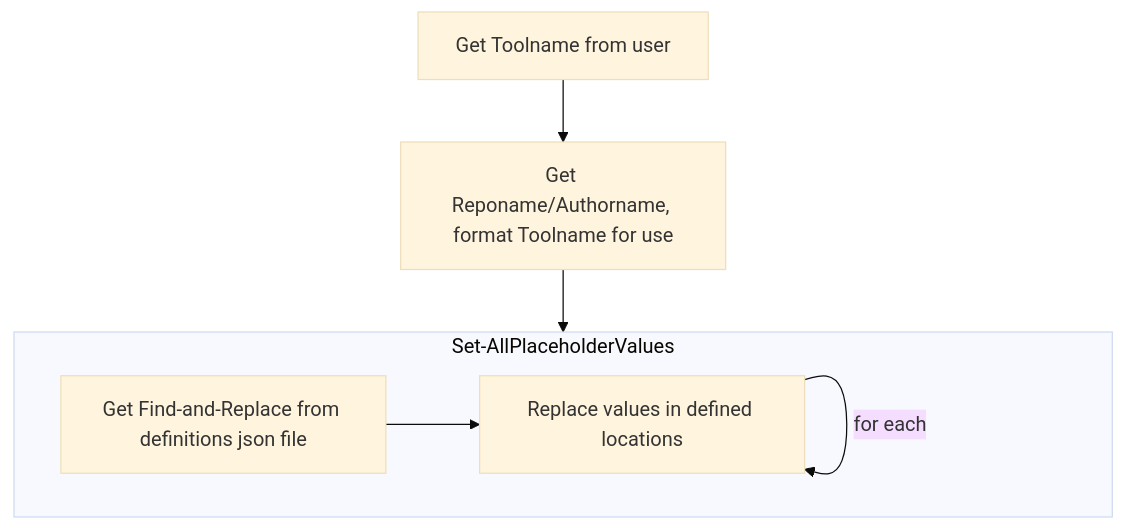
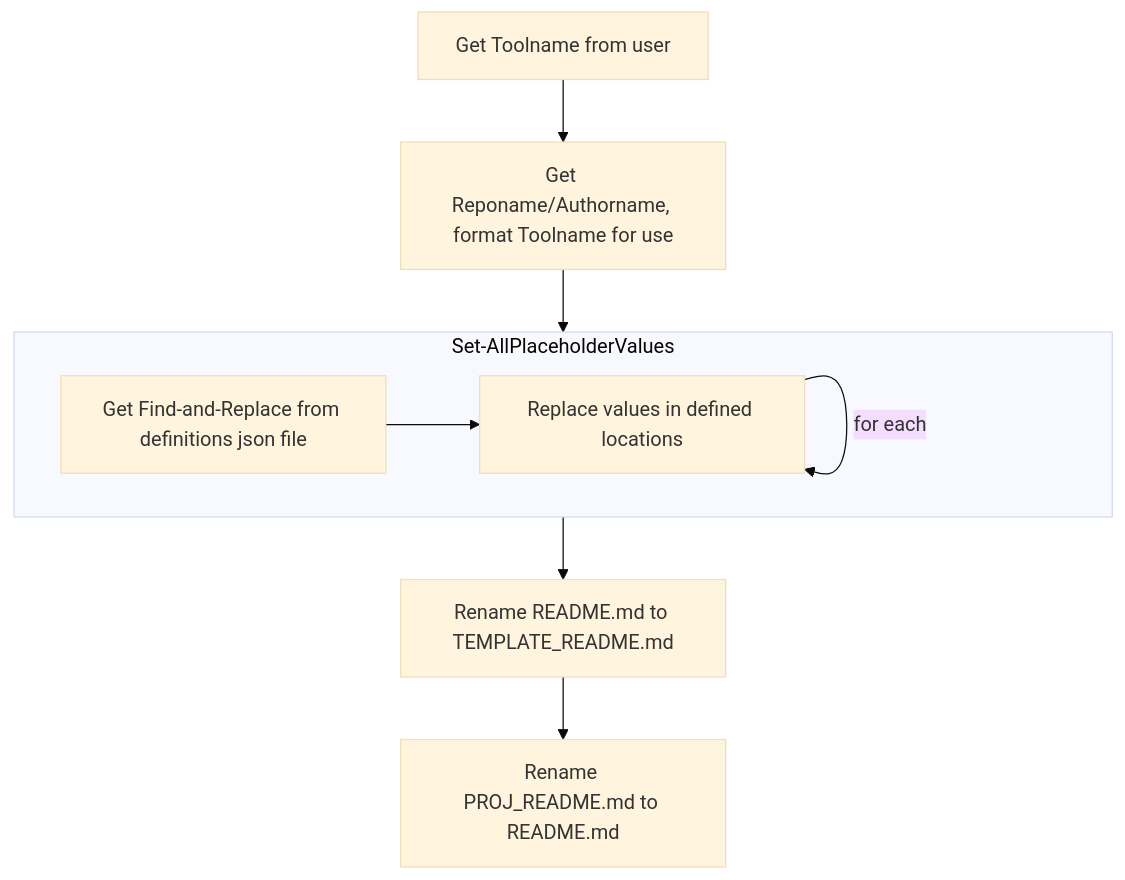
One commit to epopisces/template_api_wrapper changed the second of 2 diagrams in .vscode/scripts/TASKS.md. Above: the diagram before and after it, drawn with Mermaid (base theme). The commit also changed other lines of this file and 3 other files, not shown here.

````diff
--- a/.vscode/scripts/TASKS.md
+++ b/.vscode/scripts/TASKS.md
@@ -7,8 +12,9 @@
 ```mermaid
 graph TB
     Get-ToolName[Get Toolname from user]-->Format-ToolName[Get Reponame/Authorname, format Toolname for use]-->Get-Definitions
     subgraph Set-AllPlaceholderValues
         direction LR
         Get-Definitions[Get Find-and-Replace from definitions json file]-->Set-PlaceholderValue[Replace values in defined locations]--for each-->Set-PlaceholderValue
     end
+    Set-PlaceholderValue-->D[Rename README.md to TEMPLATE_README.md]-->E[Rename PROJ_README.md to README.md]
 ```
````
